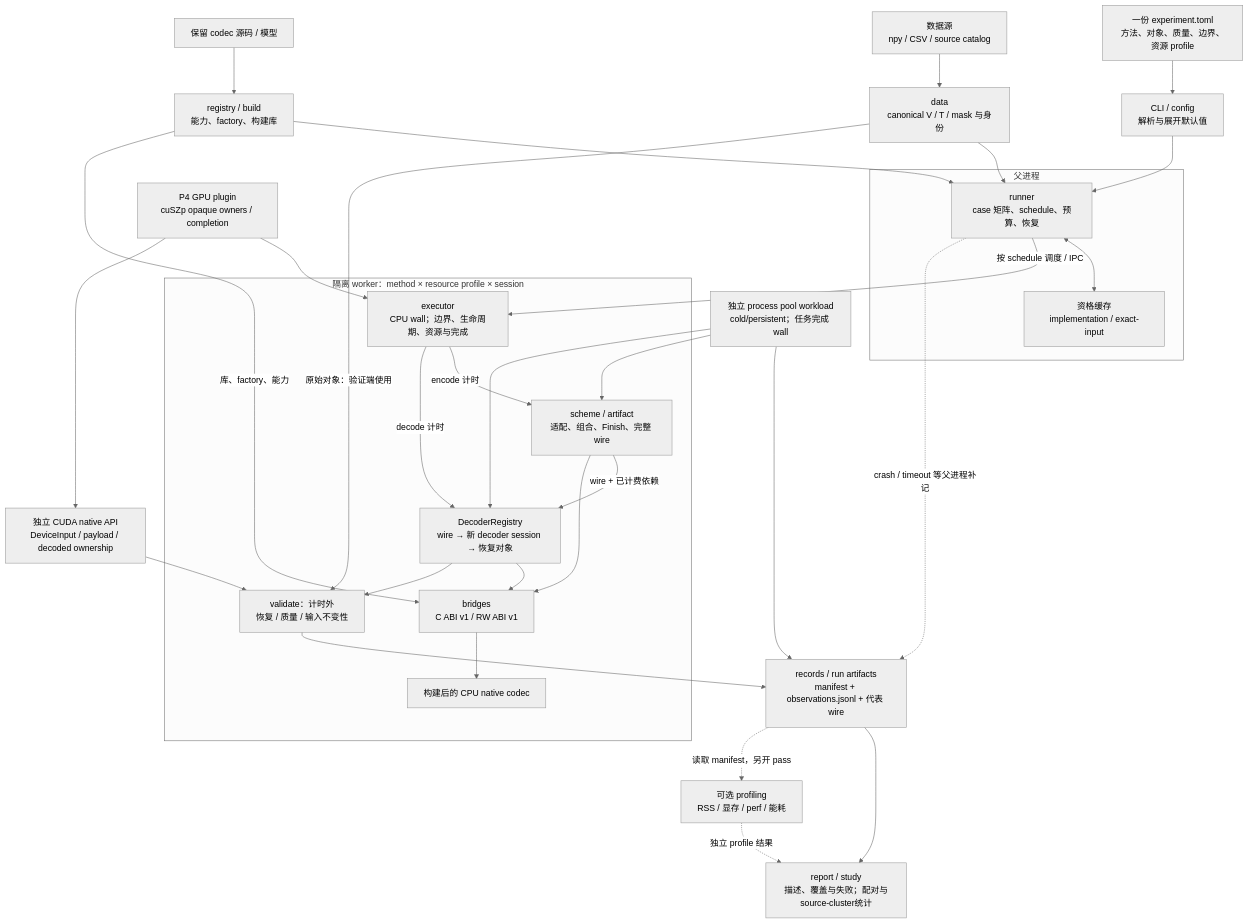
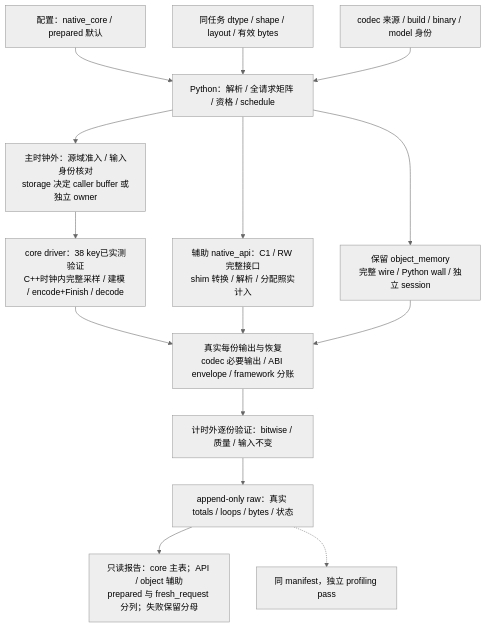
The first of 3 diagrams in docs/diagrams/README.md (t12131219/TSCompressBenchMark), drawn with Mermaid (neutral theme) before and after one commit. The commit also changed other lines of this file and 3071 other files, not shown here.

````diff
--- a/docs/diagrams/README.md
+++ b/docs/diagrams/README.md
@@ -13,35 +18,17 @@
 ```mermaid
 flowchart TB
-  cfg["一份 experiment.toml<br/>方法、对象、质量、边界、资源 profile"] --> cli["CLI / config<br/>解析与展开默认值"]
-  sources["数据源<br/>npy / CSV / source catalog"] --> data["data<br/>canonical V / T / mask 与身份"]
-  assets["保留 codec 源码 / 模型"] --> build["registry / build<br/>能力、factory、构建库"]
-  cli --> runner
-  data --> runner
-  build --> runner
-  subgraph parent["父进程"]
-    runner["runner<br/>case 矩阵、schedule、预算、恢复"] <--> cache["资格缓存<br/>implementation / exact-input"]
-  end
-  runner -->|"按 schedule 调度 / IPC"| executor
-  subgraph worker["隔离 worker：method × resource profile × session"]
-    executor["executor<br/>CPU wall；边界、生命周期、资源与完成"] -->|"encode 计时"| scheme["scheme / artifact<br/>适配、组合、Finish、完整 wire"]
-    executor -->|"decode 计时"| decoder["DecoderRegistry<br/>wire → 新 decoder session → 恢复对象"]
-    scheme -->|"wire + 已计费依赖"| decoder
-    scheme --> bridge["bridges<br/>C ABI v1 / RW ABI v1"]
-    decoder --> bridge
-    bridge --> native["构建后的 CPU native codec"]
-    decoder --> verify["validate：计时外<br/>恢复 / 质量 / 输入不变性"]
-  end
-  data -->|"原始对象：验证端使用"| verify
-  build -->|"库、factory、能力"| bridge
-  verify --> records["records / run artifacts<br/>manifest + observations.jsonl + 代表 wire"]
-  runner -.->|"crash / timeout 等父进程补记"| records
-  records --> report["report / study<br/>描述、覆盖与失败；配对与source-cluster统计"]
-  records -.->|"读取 manifest，另开 pass"| profile["可选 profiling<br/>RSS / 显存 / perf / 能耗"]
-  profile -.->|"独立 profile 结果"| report
-  extension["P4 GPU plugin<br/>cuSZp opaque owners / completion"] --> executor
-  extension --> gpu_native["独立 CUDA native API<br/>DeviceInput / payload / decoded ownership"]
-  gpu_native --> verify
-  pool["独立 process pool workload<br/>cold/persistent；任务完成 wall"] --> scheme
-  pool --> decoder
-  pool --> records
+  config["配置：native_core / prepared 默认"] --> parent["Python：解析 / 全请求矩阵 / 资格 / schedule"]
+  data["同任务 dtype / shape / layout / 有效 bytes"] --> parent
+  assets["codec 来源 / build / binary / model 身份"] --> parent
+  parent --> admission["主时钟外：源域准入 / 输入身份核对\nstorage 决定 caller buffer 或独立 owner"]
+  admission --> core["core driver：38 key已实测验证\nC++时钟内完整采样 / 建模 / encode+Finish / decode"]
+  parent --> api["辅助 native_api：C1 / RW 完整接口\nshim 转换 / 解析 / 分配照实计入"]
+  parent --> object["保留 object_memory\n完整 wire / Python wall / 独立 session"]
+  core --> output["真实每份输出与恢复\ncodec 必要输出 / ABI envelope / framework 分账"]
+  api --> output
+  object --> output
+  output --> verify["计时外逐份验证：bitwise / 质量 / 输入不变"]
+  verify --> raw["append-only raw：真实 totals / loops / bytes / 状态"]
+  raw --> report["只读报告：core 主表；API / object 辅助\nprepared 与 fresh_request 分列；失败保留分母"]
+  raw -.-> profile["同 manifest，独立 profiling pass"]
 ```
````
